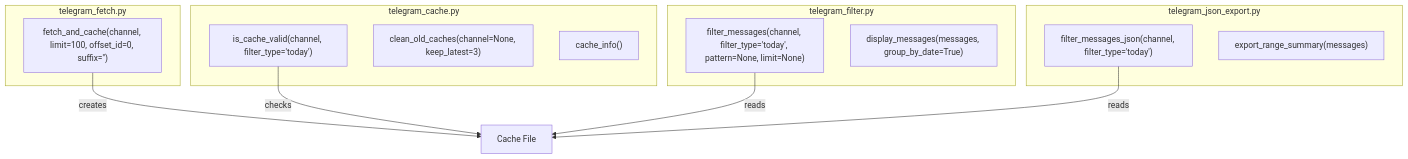
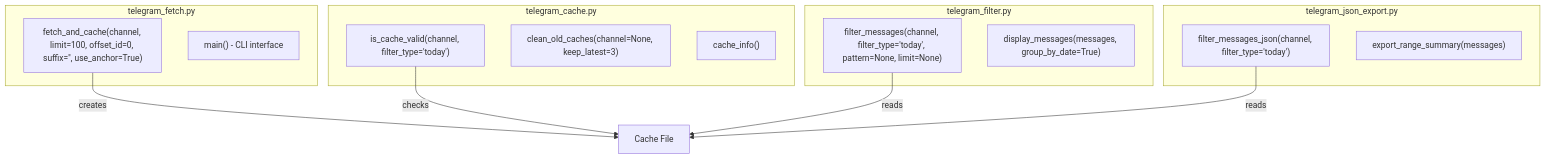
Before and after one commit to almazom/MCP-Fallback-Scripts: the diagram in .qoder/repowiki/en/content/Advanced Usage/Direct Module Usage.md, drawn with Mermaid. The commit also changed other lines of this file and 44 other files, not shown here.

````diff
--- a/.qoder/repowiki/en/content/Advanced Usage/Direct Module Usage.md
+++ b/.qoder/repowiki/en/content/Advanced Usage/Direct Module Usage.md
@@ -29,23 +38,26 @@
 ```mermaid
 graph TD
 subgraph "telegram_fetch.py"
-fetch_and_cache["fetch_and_cache(channel, limit=100, offset_id=0, suffix='')"]:::function
+fetch_and_cache["fetch_and_cache(channel, limit=100, offset_id=0, suffix='', use_anchor=True)"]:::function
+main["main() - CLI interface"]:::function
 end
 subgraph "telegram_cache.py"
 is_cache_valid["is_cache_valid(channel, filter_type='today')"]:::function
 clean_old_caches["clean_old_caches(channel=None, keep_latest=3)"]:::function
 cache_info["cache_info()"]:::function
+main["main() - CLI interface"]:::function
 end
 subgraph "telegram_filter.py"
 filter_messages["filter_messages(channel, filter_type='today', pattern=None, limit=None)"]:::function
 display_messages["display_messages(messages, group_by_date=True)"]:::function
+main["main() - CLI interface"]:::function
 end
 subgraph "telegram_json_export.py"
 filter_messages_json["filter_messages_json(channel, filter_type='today')"]:::function
 export_range_summary["export_range_summary(messages)"]:::function
 end
 fetch_and_cache --> |creates| cache_file["Cache File"]
 is_cache_valid --> |checks| cache_file
 filter_messages --> |reads| cache_file
 filter_messages_json --> |reads| cache_file
 ```
````
